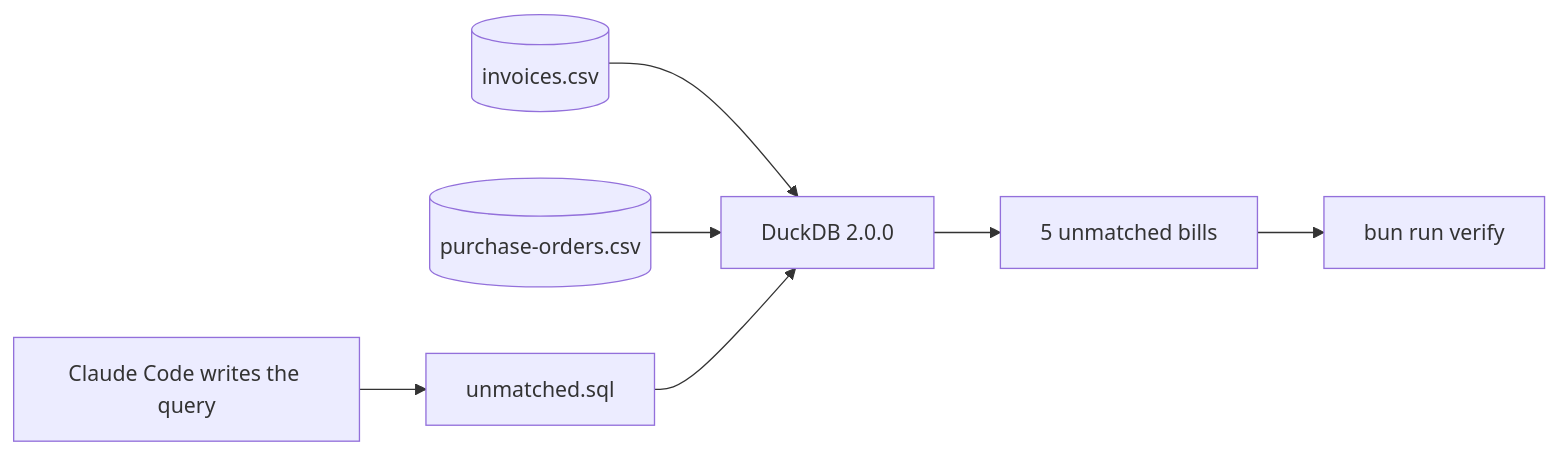
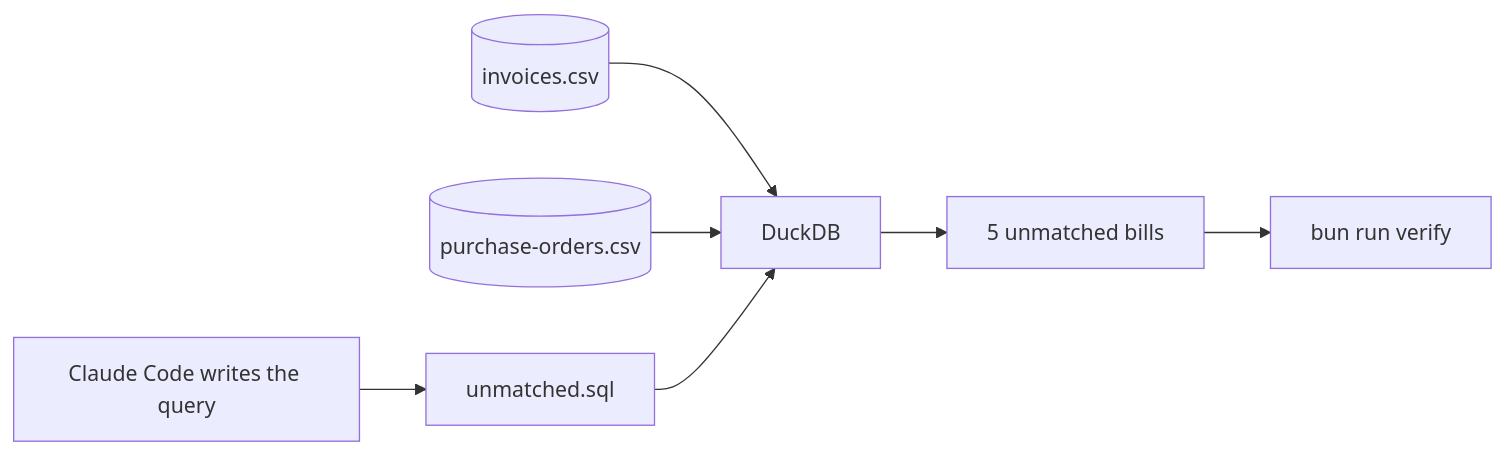
Before and after one commit to learnwithparam/claude-code-for-everyone: the diagram in parts/07-ask-questions-of-your-files/01-find-the-unmatched-invoices/problem/README.md, drawn with Mermaid. The commit also changed other lines of this file and 573 other files, not shown here.

````diff
--- a/parts/07-ask-questions-of-your-files/01-find-the-unmatched-invoices/problem/README.md
+++ b/parts/07-ask-questions-of-your-files/01-find-the-unmatched-invoices/problem/README.md
@@ -11,9 +9,9 @@
 ```mermaid
 flowchart LR
-  I[(invoices.csv)] --> D[DuckDB 2.0.0]
+  I[(invoices.csv)] --> D[DuckDB]
   P[(purchase-orders.csv)] --> D
   C[Claude Code writes the query] --> Q[unmatched.sql]
   Q --> D
   D --> R[5 unmatched bills]
   R --> V[bun run verify]
 ```
````
